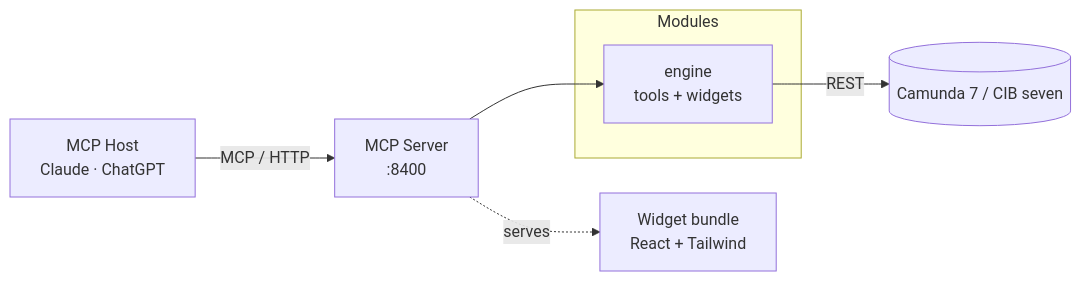
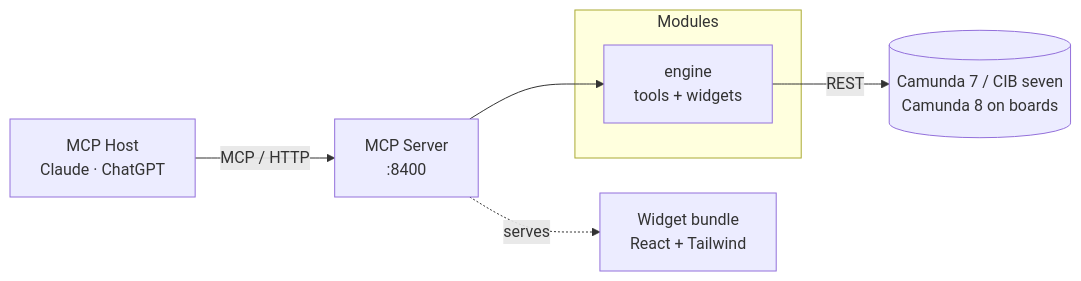
The diagram in docs/mcp/architecture.md (Miragon/pulse), drawn with Mermaid before and after one commit. The commit also changed other lines of this file and 1868 other files, not shown here.

````diff
--- a/docs/mcp/architecture.md
+++ b/docs/mcp/architecture.md
@@ -9,14 +8,14 @@
 ```mermaid
 flowchart LR
   Host[MCP Host<br/>Claude · ChatGPT] -->|MCP / HTTP| Server[MCP Server<br/>:8400]
 
   subgraph Modules
     EngineModule[engine<br/>tools + widgets]
   end
 
   Server --> EngineModule
 
-  EngineModule -->|REST| Engine[(Camunda 7 / CIB seven)]
+  EngineModule -->|REST| Engine[(Camunda 7 / CIB seven<br/>Camunda 8 on boards)]
 
   Server -. serves .-> Widgets[Widget bundle<br/>React + Tailwind]
 ```
````
